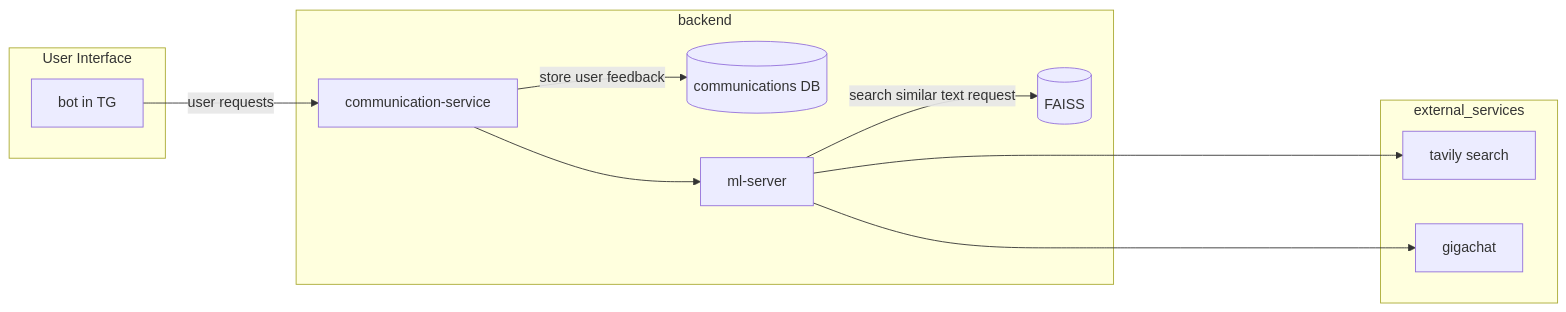
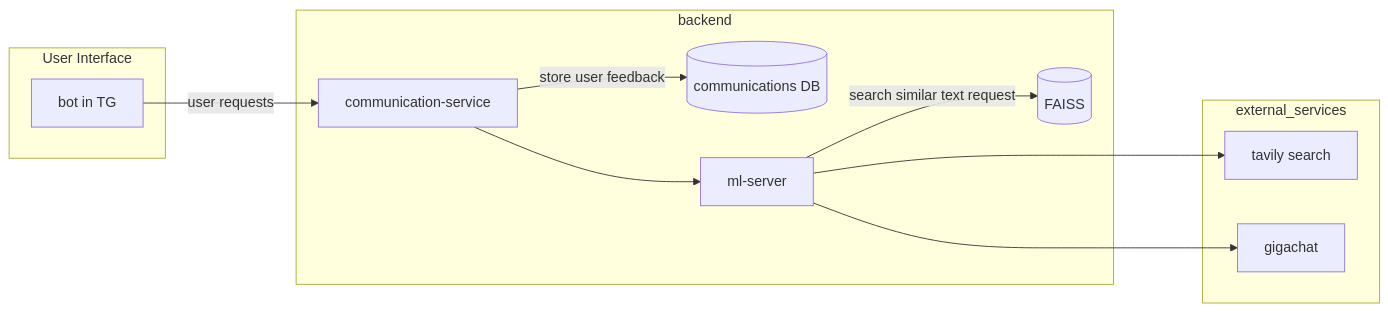
One commit to Ed-Isakov/Tourist_agency_consultant changed the diagram in README.md. Above: the diagram before and after it, drawn with Mermaid.

````diff
--- a/README.md
+++ b/README.md
@@ -78,28 +78,28 @@
 ```mermaid
 
 flowchart LR
     subgraph User Interface
         tg_bot["bot in TG"]
     end
 
     subgraph external_services
         tavily_search["tavily search"]
         gigachat["gigachat"]
     end
 
     subgraph backend
         communication_server["communication-service"]
         postgresql_db[("communications DB")]
         ml_server["ml-server"]
         faiss[("FAISS")]
     end
 
     tg_bot -->|user requests| communication_server
     communication_server --> ml_server
     ml_server -->|search similar text request| faiss
 
-    ml_server --------> tavily_search
+    ml_server ----> tavily_search
     ml_server --> gigachat
     communication_server -->|store user feedback| postgresql_db
 
 ```
````
